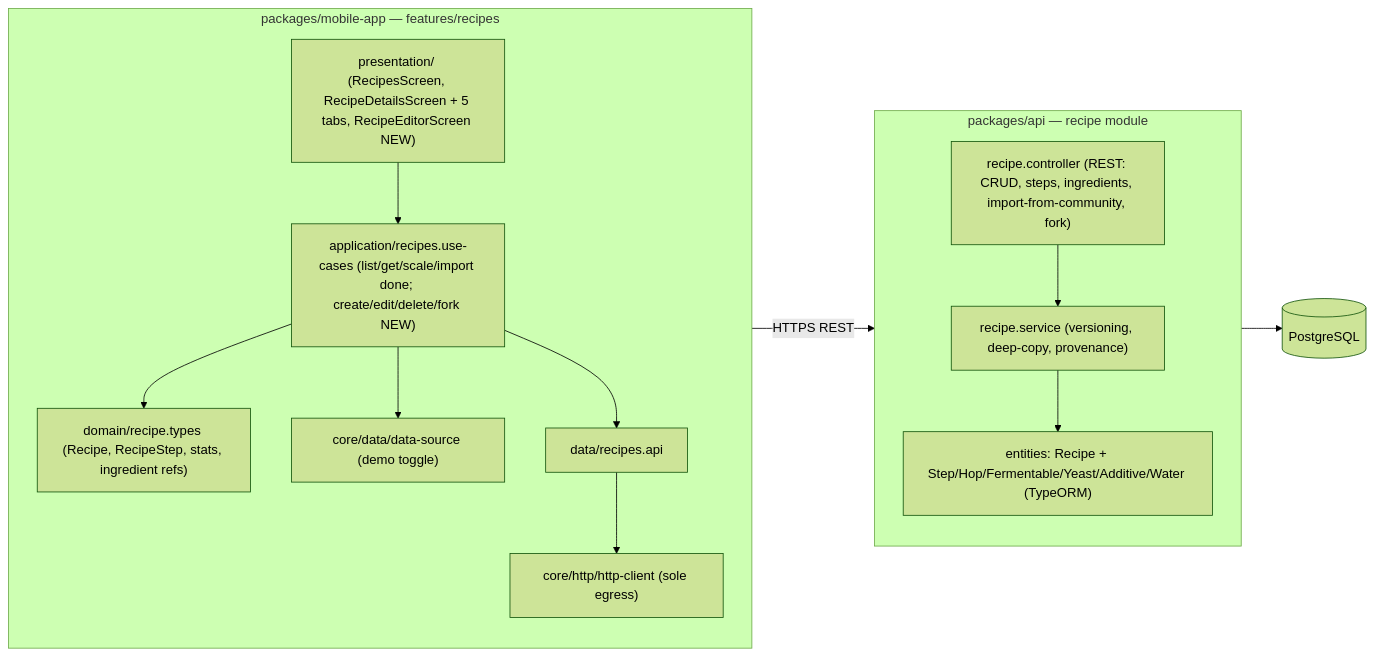
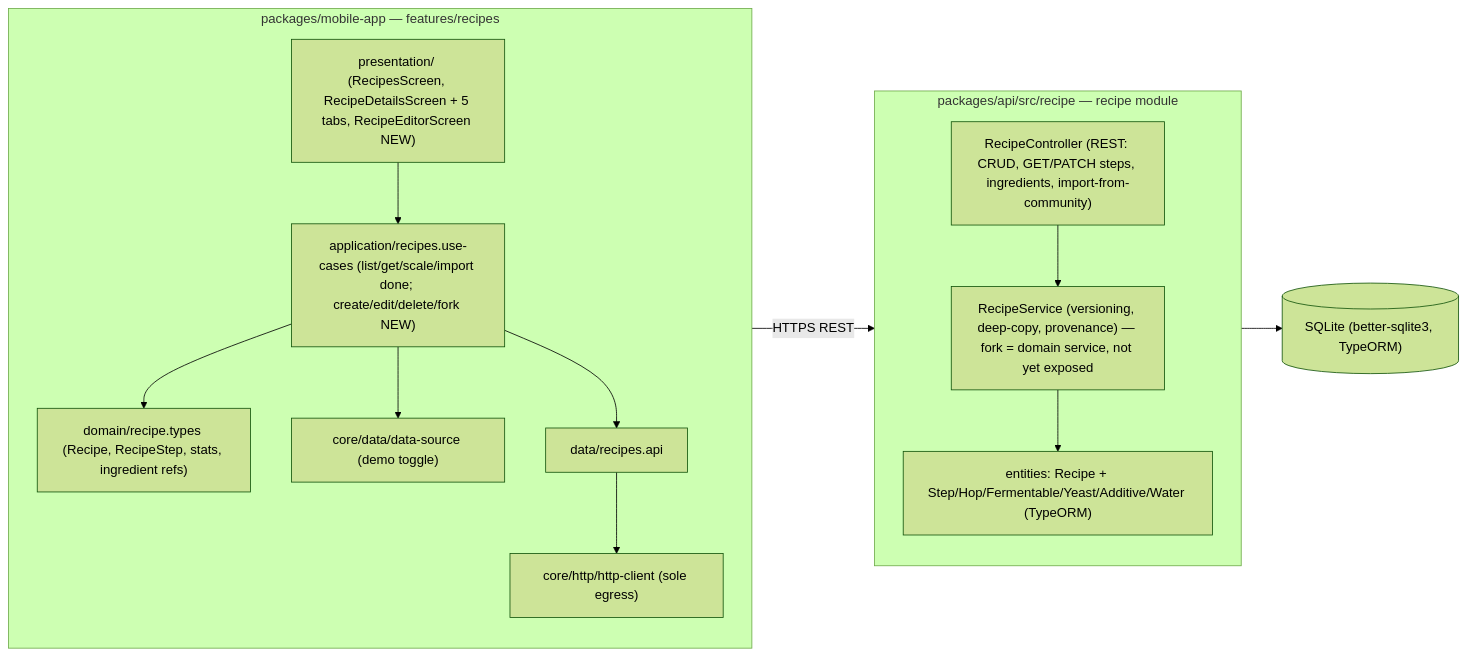
One commit to benoit-bremaud/brasse-bouillon changed the diagram in docs/architecture/diagrams/recipes/03-component.md. Above: the diagram before and after it, drawn with Mermaid (forest theme). The commit also changed other lines of this file and 3 other files, not shown here.

````diff
--- a/docs/architecture/diagrams/recipes/03-component.md
+++ b/docs/architecture/diagrams/recipes/03-component.md
@@ -15,31 +15,31 @@
 ```mermaid
 flowchart LR
   subgraph Mobile ["packages/mobile-app — features/recipes"]
     direction TB
     Screens["presentation/ (RecipesScreen, RecipeDetailsScreen + 5 tabs, RecipeEditorScreen NEW)"]
     UCs["application/recipes.use-cases (list/get/scale/import done; create/edit/delete/fork NEW)"]
     Domain["domain/recipe.types (Recipe, RecipeStep, stats, ingredient refs)"]
     Data["data/recipes.api"]
     HTTP["core/http/http-client (sole egress)"]
     DataSrc["core/data/data-source (demo toggle)"]
     Screens --> UCs
     UCs --> Domain
     UCs --> DataSrc
     UCs --> Data
     Data --> HTTP
   end
 
-  subgraph API ["packages/api — recipe module"]
+  subgraph API ["packages/api/src/recipe — recipe module"]
     direction TB
-    Ctrl["recipe.controller (REST: CRUD, steps, ingredients, import-from-community, fork)"]
-    Svc["recipe.service (versioning, deep-copy, provenance)"]
+    Ctrl["RecipeController (REST: CRUD, GET/PATCH steps, ingredients, import-from-community)"]
+    Svc["RecipeService (versioning, deep-copy, provenance) — fork = domain service, not yet exposed"]
     Ent["entities: Recipe + Step/Hop/Fermentable/Yeast/Additive/Water (TypeORM)"]
     Ctrl --> Svc
     Svc --> Ent
   end
 
-  DB[("PostgreSQL")]
+  DB[("SQLite (better-sqlite3, TypeORM)")]
 
   HTTP -->|"HTTPS REST"| Ctrl
   Ent --> DB
 ```
````
